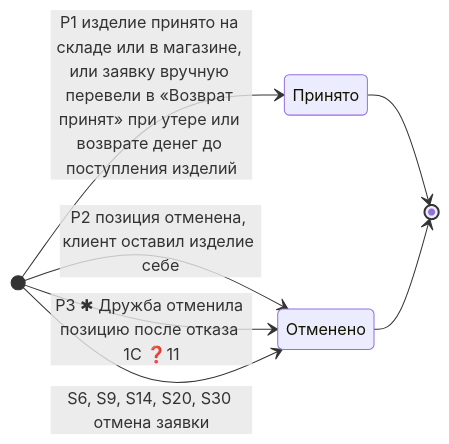
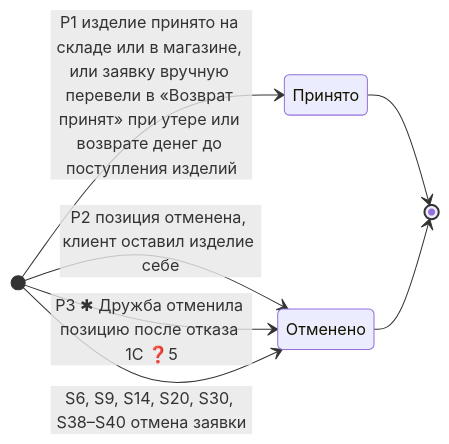
Before and after one commit to Terinss155/opencode-agents-analysis: the second of 3 diagrams in projects/returns-2.0/requirements/diagrams/state/return-status-v4_state.md, drawn with Mermaid. The commit also changed other lines of this file and 6 other files, not shown here.

````diff
--- a/projects/returns-2.0/requirements/diagrams/state/return-status-v4_state.md
+++ b/projects/returns-2.0/requirements/diagrams/state/return-status-v4_state.md
@@ -223,14 +230,14 @@
 ```mermaid
 stateDiagram-v2
     direction LR
 
     state "Принято" as AcceptedWh
     state "Отменено" as PosCancelled
 
     [*] --> AcceptedWh : P1 изделие принято на складе или в магазине, или заявку вручную перевели в «Возврат принят» при утере или возврате денег до поступления изделий
     [*] --> PosCancelled : P2 позиция отменена, клиент оставил изделие себе
-    [*] --> PosCancelled : P3 ✱ Дружба отменила позицию после отказа 1С ❓11
-    [*] --> PosCancelled : S6, S9, S14, S20, S30 отмена заявки
+    [*] --> PosCancelled : P3 ✱ Дружба отменила позицию после отказа 1С ❓5
+    [*] --> PosCancelled : S6, S9, S14, S20, S30, S38–S40 отмена заявки
     AcceptedWh --> [*]
     PosCancelled --> [*]
 ```
````
